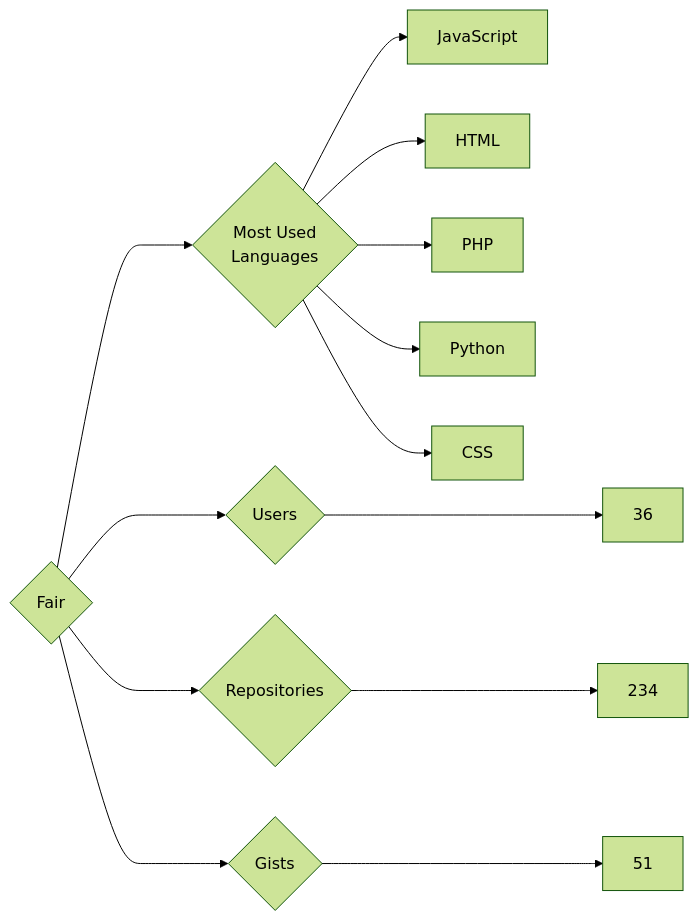
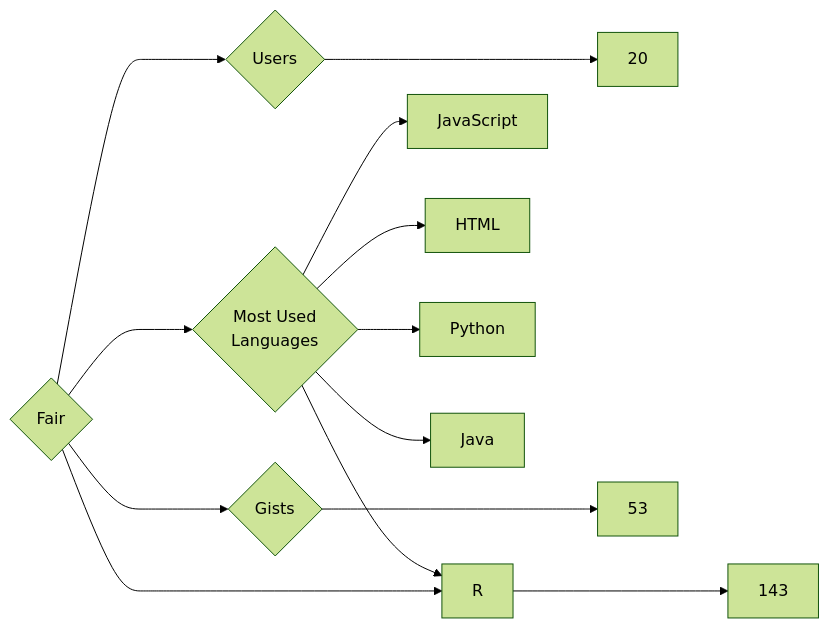
One commit to trickest/insiders changed the diagram in targets/Fair/README.md. Above: the diagram before and after it, drawn with Mermaid (forest theme). The commit also changed 925 other files, not shown here.

````diff
--- a/targets/Fair/README.md
+++ b/targets/Fair/README.md
@@ -3,13 +3,13 @@
 ```mermaid
 graph LR
 COMPANY_NAME{Fair}
-COMPANY_NAME ---> U{Users} ---> UN[36]
-COMPANY_NAME ---> R{Repositories} ---> RN[234]
-COMPANY_NAME ---> G{Gists} ---> GN[51]
+COMPANY_NAME ---> U{Users} ---> UN[20]
+COMPANY_NAME ---> R{Repositories} ---> RN[143]
+COMPANY_NAME ---> G{Gists} ---> GN[53]
 COMPANY_NAME ---> ML{Most Used<br>Languages}
 ML --> JavaScript[JavaScript]
 ML --> HTML[HTML]
-ML --> PHP[PHP]
 ML --> Python[Python]
-ML --> CSS[CSS]
+ML --> R[R]
+ML --> Java[Java]
 ```
````
